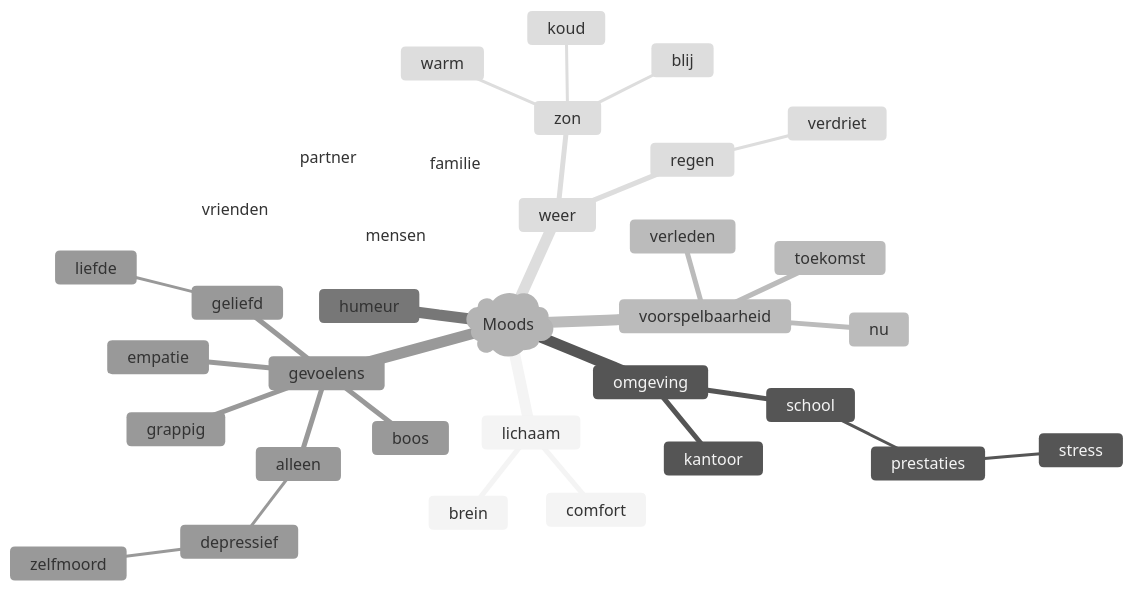
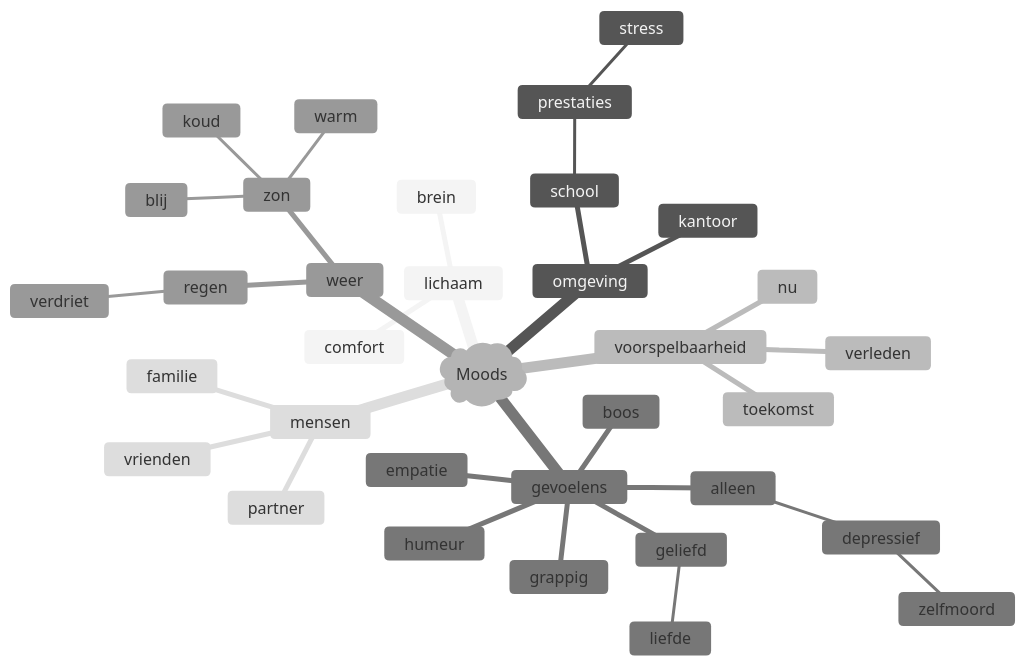
The diagram in documentation/research/mood-predictor.md (S4-Smart-mobile/S4-Smart-Mobile), drawn with Mermaid (neutral theme) before and after one commit. The commit also changed other lines of this file and 3 other files, not shown here.

````diff
--- a/documentation/research/mood-predictor.md
+++ b/documentation/research/mood-predictor.md
@@ -209,37 +212,37 @@
 ```mermaid
 mindmap
 root)Moods(
   lichaam
     brein
     comfort
   omgeving
     school
       prestaties
         stress
     kantoor
   voorspelbaarheid
     verleden
     toekomst
     nu
-  humeur
   gevoelens
+    humeur
     grappig
     empatie
     boos
     alleen
       depressief
         zelfmoord
     geliefd
       liefde
   weer
     zon
       warm
       koud
       blij
     regen
       verdriet
   mensen
     partner
     vrienden
     familie
 ```
````
